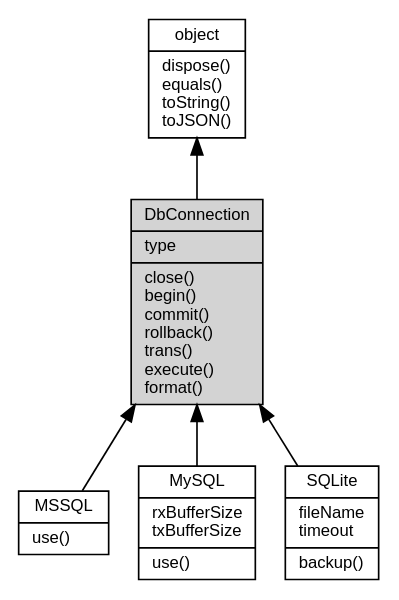
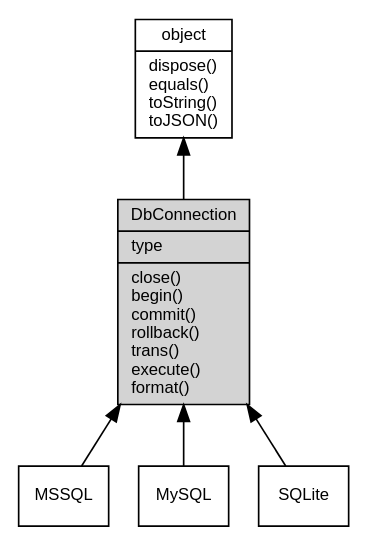
The diagram in docs/manual/object/ifs/DbConnection.md (fibjs/fibjs.org), drawn with Graphviz before and after one commit. The commit also changed 289 other files, not shown here.

````diff
--- a/docs/manual/object/ifs/DbConnection.md
+++ b/docs/manual/object/ifs/DbConnection.md
@@ -5,16 +5,16 @@
 ```dot
 digraph {
     node [fontname="Helvetica,sans-Serif", fontsize=10, shape="record", style="filled", fillcolor="white"];
 
     object [tooltip="object", URL="object.md", label="{object|dispose()\lequals()\ltoString()\ltoJSON()\l}"];
-    DbConnection [tooltip="DbConnection", fillcolor="lightgray", label="{DbConnection|type\l|close()\lbegin()\lcommit()\lrollback()\ltrans()\lexecute()\lformat()\l}"];
-    MSSQL [tooltip="MSSQL", URL="MSSQL.md", label="{MSSQL|use()\l}"];
-    MySQL [tooltip="MySQL", URL="MySQL.md", label="{MySQL|rxBufferSize\ltxBufferSize\l|use()\l}"];
-    SQLite [tooltip="SQLite", URL="SQLite.md", label="{SQLite|fileName\ltimeout\l|backup()\l}"];
+    DbConnection [tooltip="DbConnection", fillcolor="lightgray", id="me", label="{DbConnection|type\l|close()\lbegin()\lcommit()\lrollback()\ltrans()\lexecute()\lformat()\l}"];
+    MSSQL [tooltip="MSSQL", URL="MSSQL.md", label="{MSSQL}"];
+    MySQL [tooltip="MySQL", URL="MySQL.md", label="{MySQL}"];
+    SQLite [tooltip="SQLite", URL="SQLite.md", label="{SQLite}"];
 
     object -> DbConnection [dir=back];
     DbConnection -> MSSQL [dir=back];
     DbConnection -> MySQL [dir=back];
     DbConnection -> SQLite [dir=back];
 }
 ```
````
